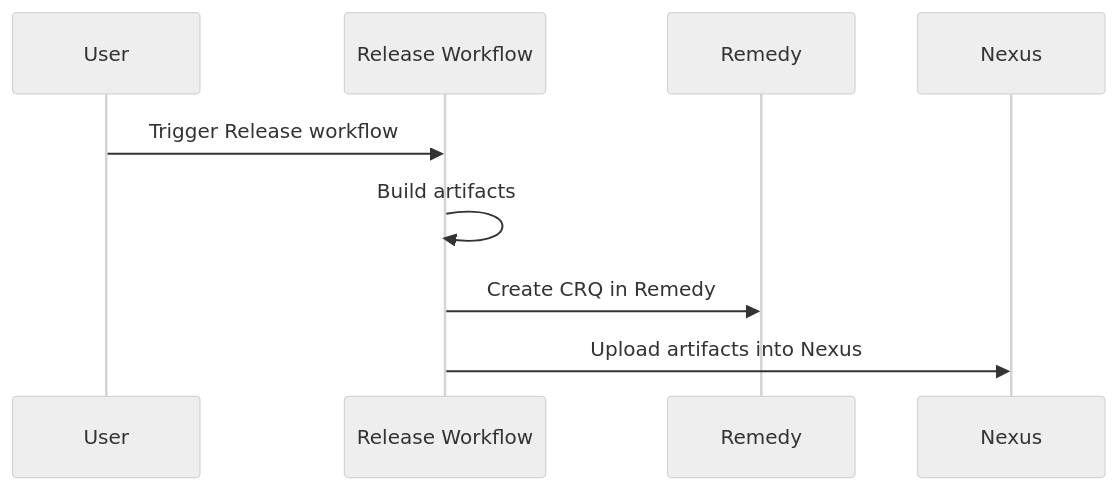
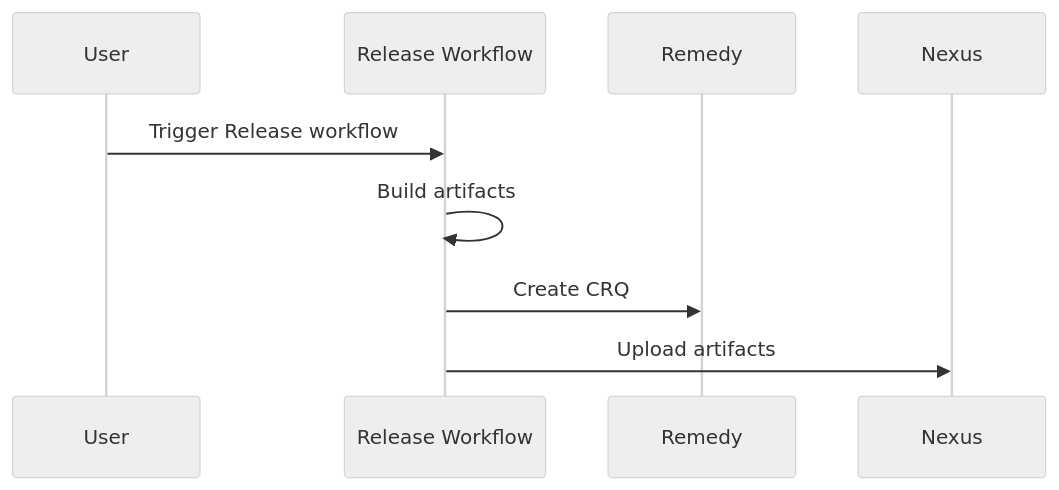
The second of 3 diagrams in README.md (devarab1/Diagrams), drawn with Mermaid (neutral theme) before and after one commit.

````diff
--- a/README.md
+++ b/README.md
@@ -20,12 +20,12 @@
 ```mermaid
 sequenceDiagram
     participant User
     participant Release Workflow
     participant Remedy
     participant Nexus
 
     User->>Release Workflow: Trigger Release workflow
     Release Workflow->>Release Workflow: Build artifacts
-    Release Workflow->>Remedy: Create CRQ in Remedy
-    Release Workflow->>Nexus: Upload artifacts into Nexus
+    Release Workflow->>Remedy: Create CRQ
+    Release Workflow->>Nexus: Upload artifacts
 ```
````
